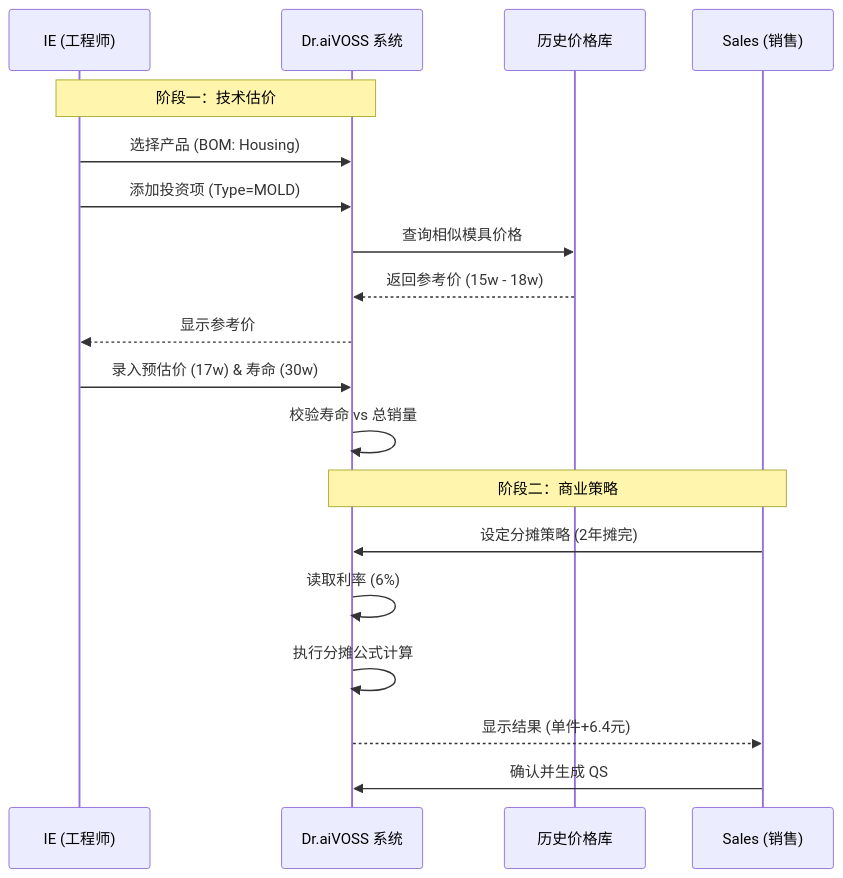
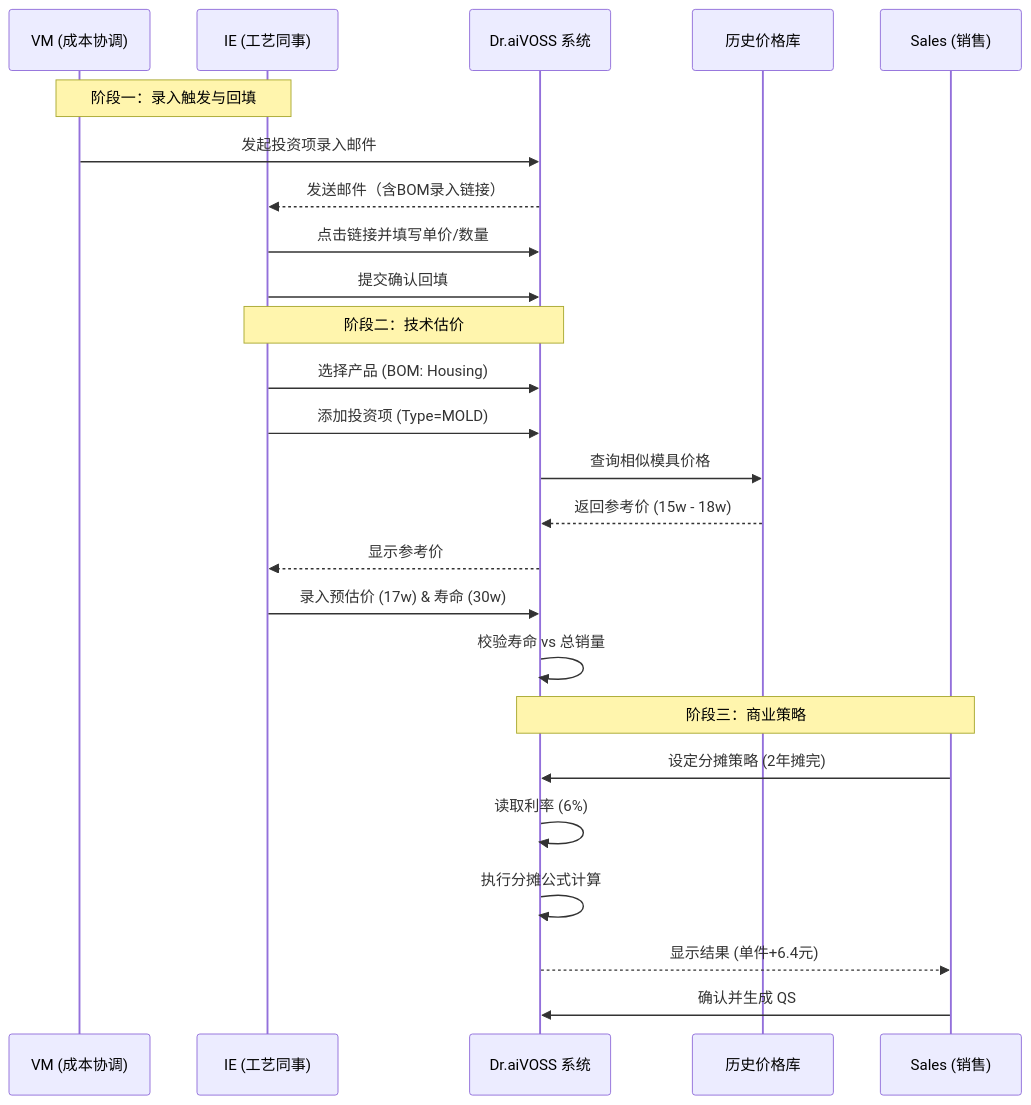
Before and after one commit to randyluo85/Quoting-Copilot: the second of 2 diagrams in docs/NRE投资成本计算逻辑.md, drawn with Mermaid. The commit also changed other lines of this file and 14 other files, not shown here.

Commit message:
docs: sync process/investment logic and remove API-schema defs

````diff
--- a/docs/NRE投资成本计算逻辑.md
+++ b/docs/NRE投资成本计算逻辑.md
@@ -561,23 +343,29 @@
 ```mermaid
 sequenceDiagram
-    participant IE as IE (工程师)
+    participant VM as VM (成本协调)
+    participant IE as IE (工艺同事)
     participant SYS as Dr.aiVOSS 系统
     participant DB as 历史价格库
     participant SALES as Sales (销售)
 
-    Note over IE, SYS: 阶段一：技术估价
+    Note over VM, IE: 阶段一：录入触发与回填
+    VM->>SYS: 发起投资项录入邮件
+    SYS-->>IE: 发送邮件（含BOM录入链接）
+    IE->>SYS: 点击链接并填写单价/数量
+    IE->>SYS: 提交确认回填
+    Note over IE, SYS: 阶段二：技术估价
     IE->>SYS: 选择产品 (BOM: Housing)
     IE->>SYS: 添加投资项 (Type=MOLD)
     SYS->>DB: 查询相似模具价格
     DB-->>SYS: 返回参考价 (15w - 18w)
     SYS-->>IE: 显示参考价
     IE->>SYS: 录入预估价 (17w) & 寿命 (30w)
     SYS->>SYS: 校验寿命 vs 总销量
 
-    Note over SALES, SYS: 阶段二：商业策略
+    Note over SALES, SYS: 阶段三：商业策略
     SALES->>SYS: 设定分摊策略 (2年摊完)
     SYS->>SYS: 读取利率 (6%)
     SYS->>SYS: 执行分摊公式计算
     SYS-->>SALES: 显示结果 (单件+6.4元)
     SALES->>SYS: 确认并生成 QS
 ```
````
